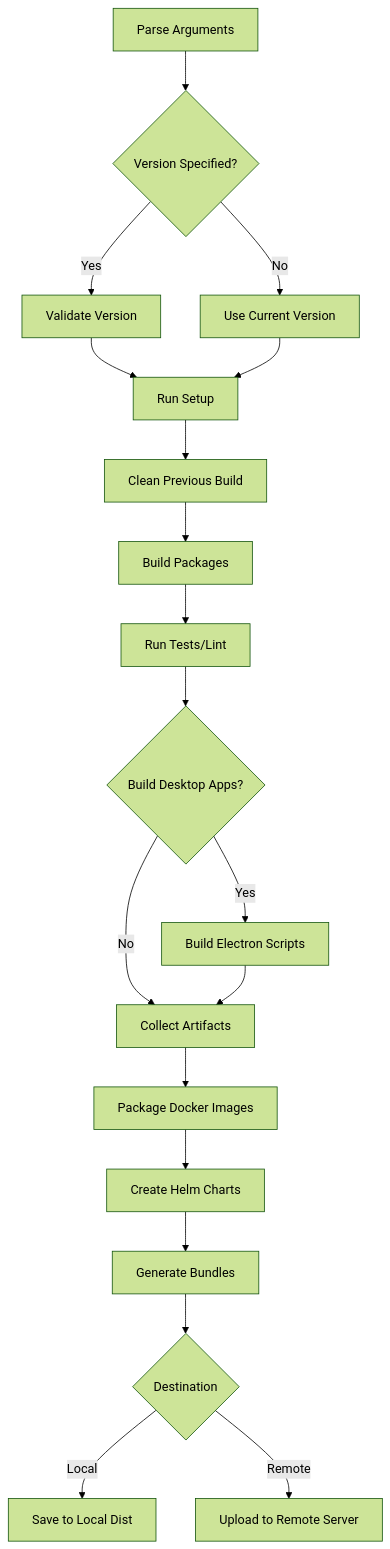
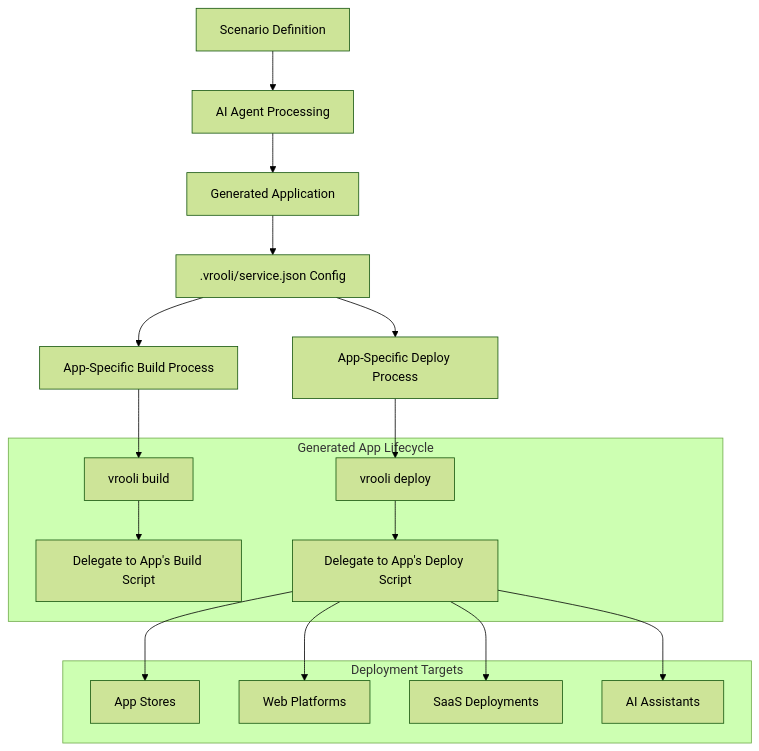
The first of 3 diagrams in docs/devops/build-system.md (Vrooli/Vrooli), drawn with Mermaid (forest theme) before and after one commit. The commit also changed other lines of this file and 43 other files, not shown here.

````diff
--- a/docs/devops/build-system.md
+++ b/docs/devops/build-system.md
@@ -22,21 +13,28 @@
 ```mermaid
 flowchart TD
-    A[Parse Arguments] --> B{Version Specified?}
-    B -->|Yes| C[Validate Version]
-    B -->|No| D[Use Current Version]
-    C --> E[Run Setup]
-    D --> E
-    E --> F[Clean Previous Build]
-    F --> G[Build Packages]
-    G --> H[Run Tests/Lint]
-    H --> I{Build Desktop Apps?}
-    I -->|Yes| J[Build Electron Scripts]
-    I -->|No| K[Collect Artifacts]
+    A[Scenario Definition] --> B[AI Agent Processing]
+    B --> C[Generated Application]
+    C --> D[.vrooli/service.json Config]
+    D --> E[App-Specific Build Process]
+    D --> F[App-Specific Deploy Process]
+    
+    subgraph "Generated App Lifecycle"
+        G[vrooli build] --> H[Delegate to App's Build Script]
+        I[vrooli deploy] --> J[Delegate to App's Deploy Script]
+    end
+    
+    E --> G
+    F --> I
+    
+    subgraph "Deployment Targets"
+        K[App Stores]
+        L[Web Platforms]
+        M[SaaS Deployments]
+        N[AI Assistants]
+    end
+    
     J --> K
-    K --> L[Package Docker Images]
-    L --> M[Create Helm Charts]
-    M --> N[Generate Bundles]
-    N --> O{Destination}
-    O -->|Local| P[Save to Local Dist]
-    O -->|Remote| Q[Upload to Remote Server]
+    J --> L
+    J --> M
+    J --> N
 ```
````
